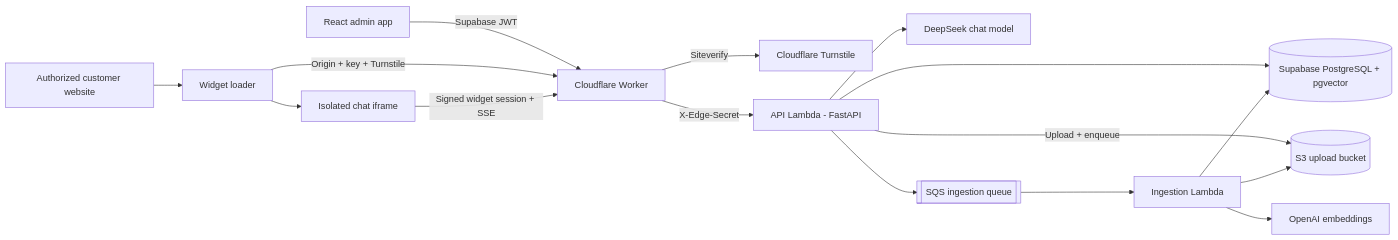
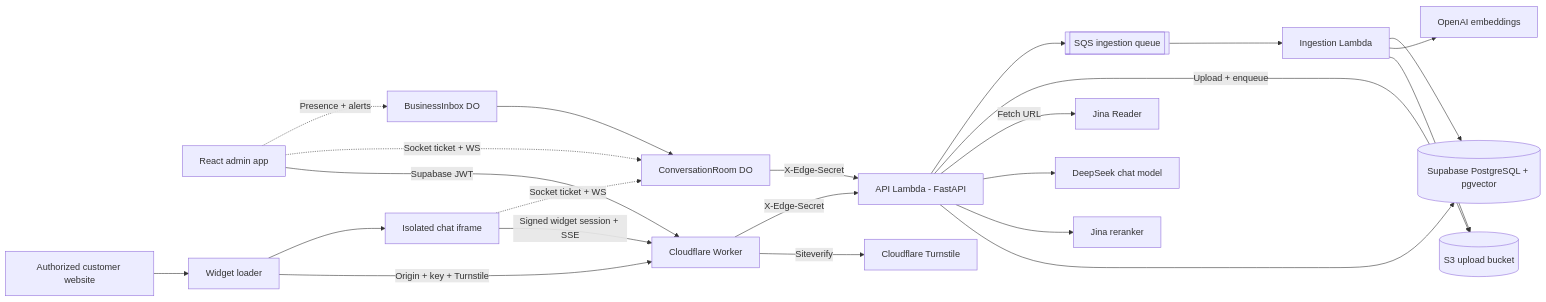
One commit to spapafot/frontdesk changed the diagram in README.md. Above: the diagram before and after it, drawn with Mermaid. The commit also changed other lines of this file and 50 other files, not shown here.

````diff
--- a/README.md
+++ b/README.md
@@ -67,18 +100,25 @@
 ```mermaid
 flowchart LR
     Admin[React admin app] -->|Supabase JWT| Edge[Cloudflare Worker]
     Site[Authorized customer website] --> Loader[Widget loader]
     Loader -->|Origin + key + Turnstile| Edge
     Loader --> Iframe[Isolated chat iframe]
     Iframe -->|Signed widget session + SSE| Edge
+    Iframe -.->|Socket ticket + WS| Room[ConversationRoom DO]
+    Admin -.->|Socket ticket + WS| Room
+    Admin -.->|Presence + alerts| Inbox[BusinessInbox DO]
+    Room -->|X-Edge-Secret| API
+    Inbox --> Room
     Edge -->|Siteverify| TS[Cloudflare Turnstile]
     Edge -->|X-Edge-Secret| API[API Lambda - FastAPI]
     API --> DB[(Supabase PostgreSQL + pgvector)]
+    API --> Rerank[Jina reranker]
     API --> Chat[DeepSeek chat model]
+    API -->|Fetch URL| Reader[Jina Reader]
     API -->|Upload + enqueue| S3[(S3 upload bucket)]
     API --> Queue[[SQS ingestion queue]]
     Queue --> Ingest[Ingestion Lambda]
     Ingest --> S3
     Ingest --> Embed[OpenAI embeddings]
     Ingest --> DB
 ```
````
